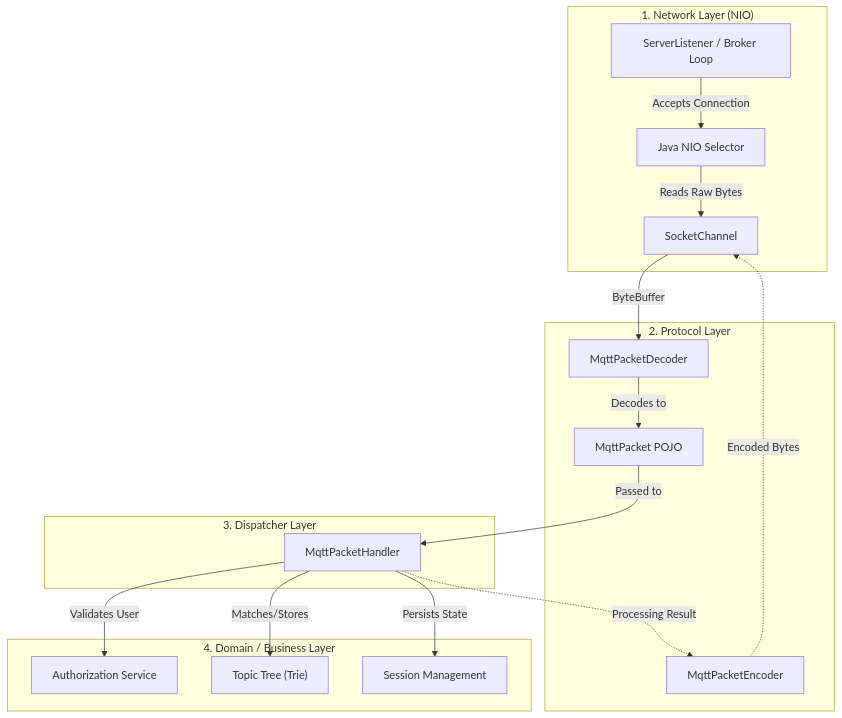
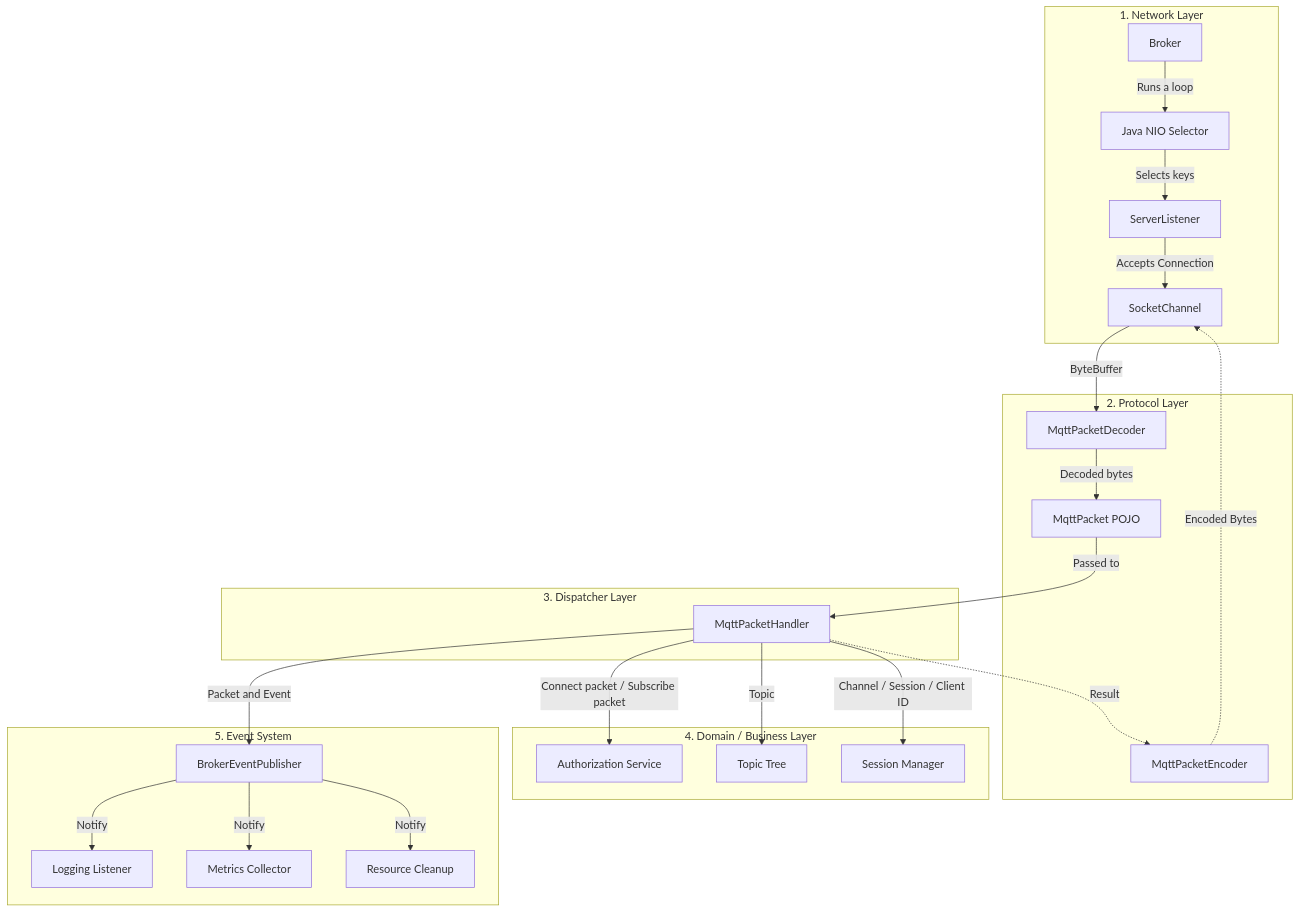
The second of 15 diagrams in README.md (karolbystrek/mqtt-broker), drawn with Mermaid before and after one commit. The commit also changed other lines of this file, not shown here.

Commit message:
update logical architecture

````diff
--- a/README.md
+++ b/README.md
@@ -63,39 +63,54 @@
 ```mermaid
 graph TD
-    subgraph Network_Layer ["1. Network Layer (NIO)"]
-        Listener["ServerListener / Broker Loop"]
+    subgraph Network_Layer ["1. Network Layer"]
+        Broker["Broker"]
         Selector["Java NIO Selector"]
+        Listener["ServerListener"]
         Channel["SocketChannel"]
     end
 
     subgraph Protocol_Layer ["2. Protocol Layer"]
         Decoder["MqttPacketDecoder"]
         Encoder["MqttPacketEncoder"]
         POJO["MqttPacket POJO"]
     end
 
     subgraph Dispatcher_Layer ["3. Dispatcher Layer"]
         Router["MqttPacketHandler"]
     end
 
     subgraph Domain_Layer ["4. Domain / Business Layer"]
         Auth["Authorization Service"]
-        Topics["Topic Tree (Trie)"]
-        Sessions["Session Management"]
+        Topics["Topic Tree"]
+        Sessions["Session Manager"]
+    end
+
+    subgraph Event_System ["5. Event System"]
+        Bus["BrokerEventPublisher"]
+        Log["Logging Listener"]
+        Metric["Metrics Collector"]
+        Cleanup["Resource Cleanup"]
     end
 
     %% Data Flow Connections
-    Listener -- "Accepts Connection" --> Selector
-    Selector -- "Reads Raw Bytes" --> Channel
+    Broker -- "Runs a loop" --> Selector
+    Selector -- "Selects keys" --> Listener
+    Listener -- "Accepts Connection" --> Channel
+    
     Channel -- "ByteBuffer" --> Decoder
-    Decoder -- "Decodes to" --> POJO
+    Decoder -- "Decoded bytes" --> POJO
     POJO -- "Passed to" --> Router
     
-    Router -- "Validates User" --> Auth
-    Router -- "Matches/Stores" --> Topics
-    Router -- "Persists State" --> Sessions
+    Router -- "Connect packet / Subscribe packet" --> Auth
+    Router -- "Topic" --> Topics
+    Router -- "Channel / Session / Client ID" --> Sessions
+
+    Router -- "Packet and Event" --> Bus
+    Bus -- "Notify" --> Log
+    Bus -- "Notify" --> Metric
+    Bus -- "Notify" --> Cleanup
     
     %% Response Flow
-    Router -. "Processing Result" .-> Encoder
+    Router -. "Result" .-> Encoder
     Encoder -. "Encoded Bytes" .-> Channel
 ```
````
